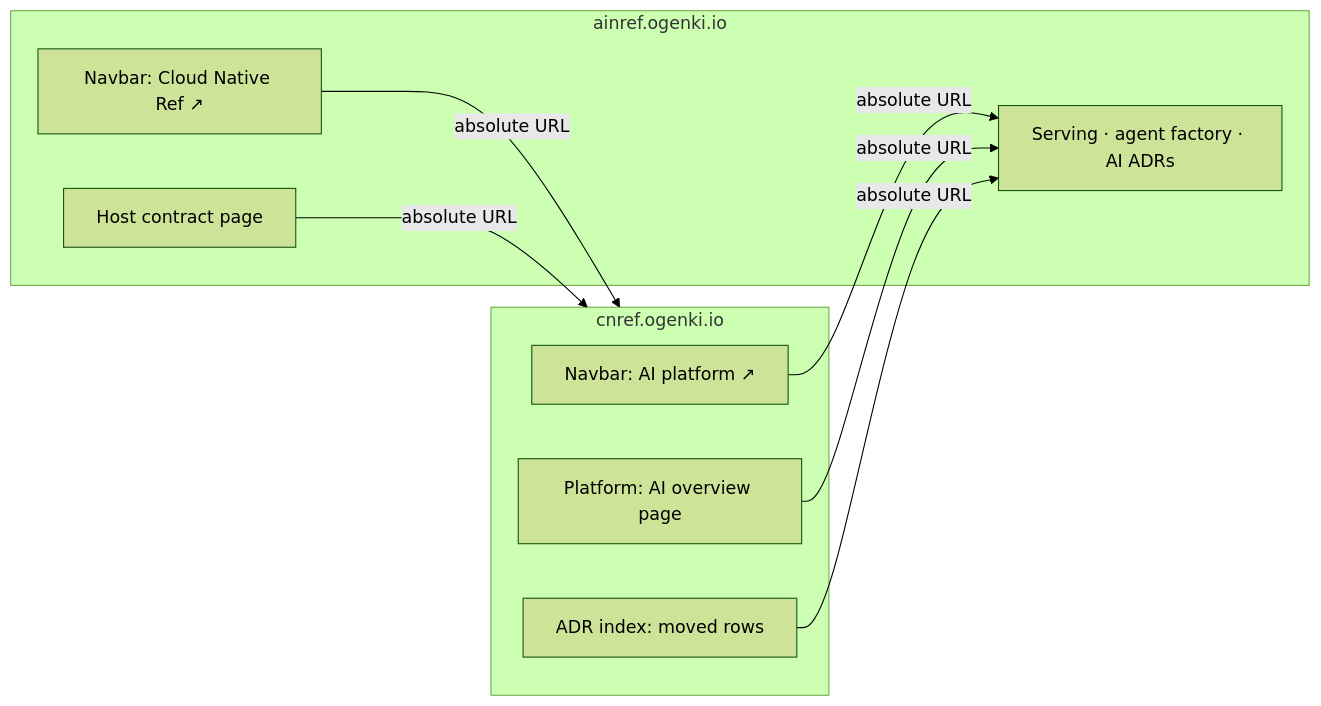
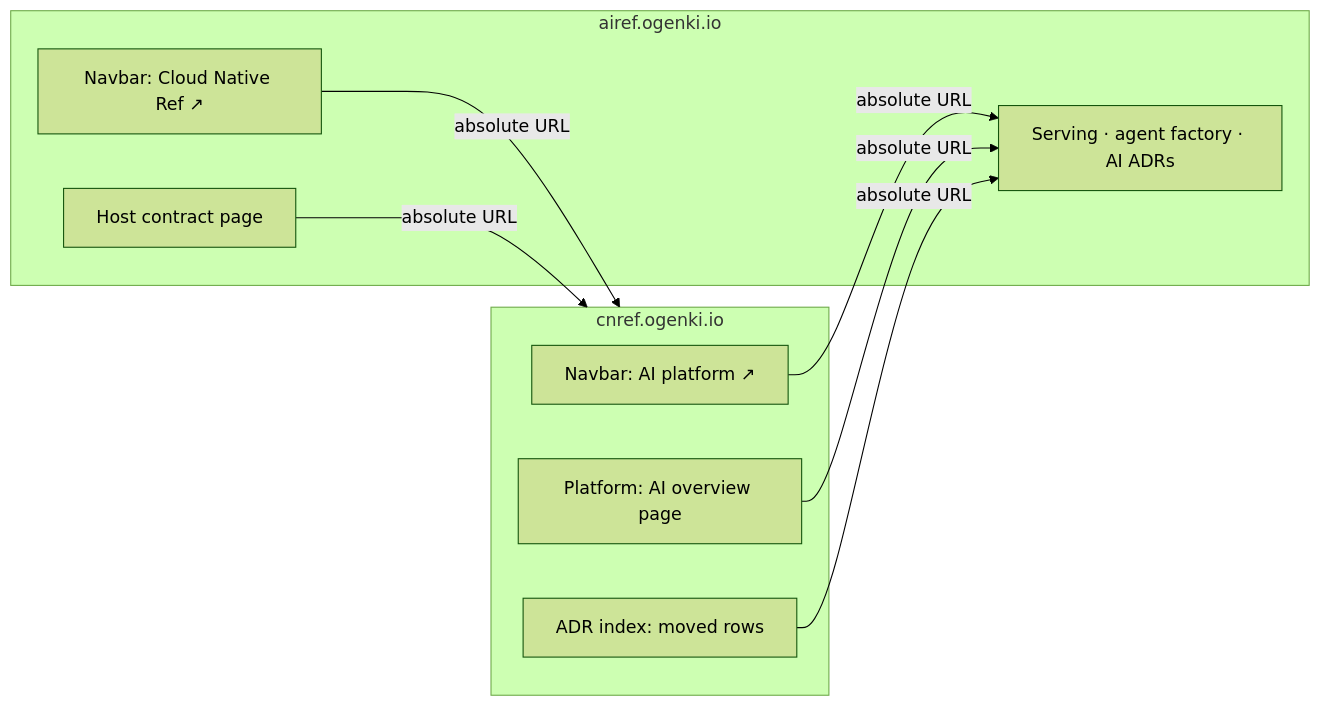
The third of 4 diagrams in docs/superpowers/specs/2026-10-12-ai-platform-split-design.md (Smana/cloud-native-ref), drawn with Mermaid (forest theme) before and after one commit. The commit also changed other lines of this file and 119 other files, not shown here.

First line of the commit message:
docs(ai-platform)!: move the AI docs to airef.ogenki.io (#2450)

````diff
--- a/docs/superpowers/specs/2026-10-12-ai-platform-split-design.md
+++ b/docs/superpowers/specs/2026-10-12-ai-platform-split-design.md
@@ -216,15 +216,15 @@
 ```mermaid
 flowchart LR
   subgraph CN["cnref.ogenki.io"]
     nav1["Navbar: AI platform ↗"]
     ov["Platform: AI overview page"]
     idx["ADR index: moved rows"]
   end
-  subgraph AI["ainref.ogenki.io"]
+  subgraph AI["airef.ogenki.io"]
     nav2["Navbar: Cloud Native Ref ↗"]
     host["Host contract page"]
     pages["Serving · agent factory · AI ADRs"]
   end
   nav1 & ov & idx -->|absolute URL| pages
   nav2 & host -->|absolute URL| CN
 ```
````
